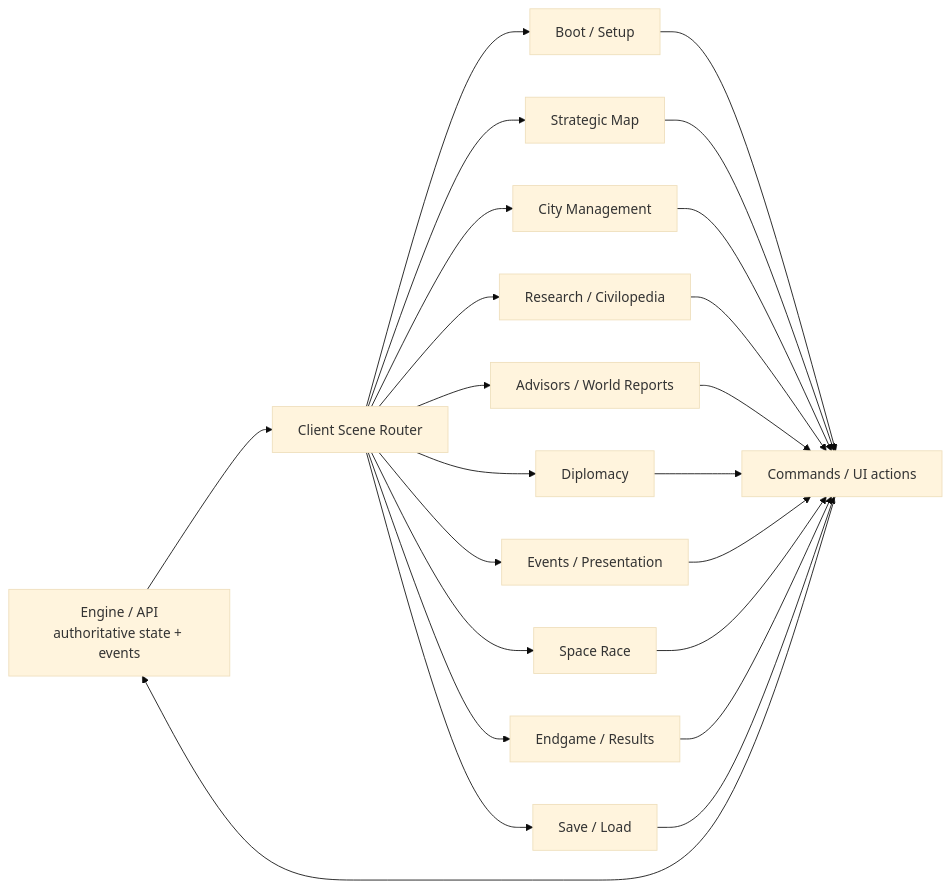
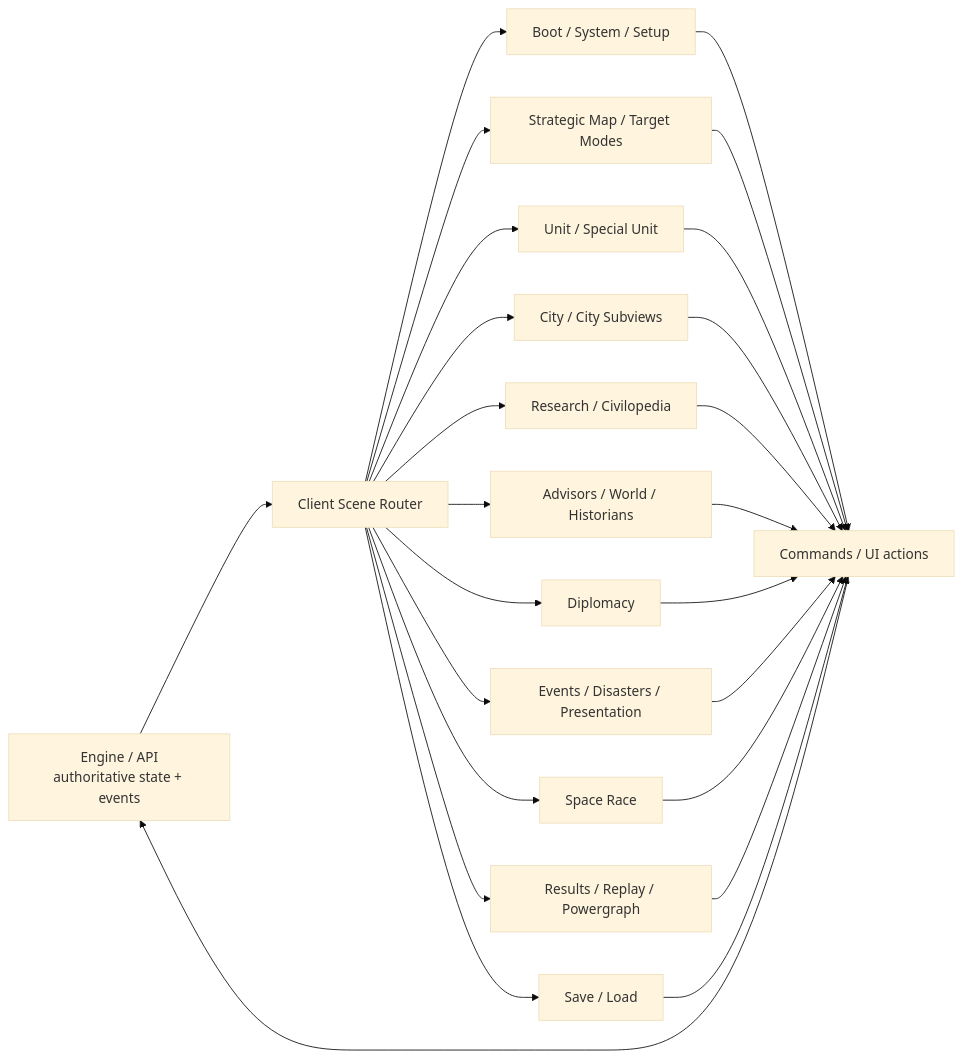
The tenth of 10 diagrams in docs/ui/civ1/SCENE_GRAPH.md (hasnocool/CivilizationClone), drawn with Mermaid (base theme) before and after one commit. The commit also changed other lines of this file and 14 other files, not shown here.

````diff
--- a/docs/ui/civ1/SCENE_GRAPH.md
+++ b/docs/ui/civ1/SCENE_GRAPH.md
@@ -274,26 +517,28 @@
 ```mermaid
 flowchart LR
     ENGINE["Engine / API<br/>authoritative state + events"] --> ROUTER["Client Scene Router"]
-    ROUTER --> BOOT["Boot / Setup"]
-    ROUTER --> MAP["Strategic Map"]
-    ROUTER --> CITY["City Management"]
+    ROUTER --> SYSTEM["Boot / System / Setup"]
+    ROUTER --> MAP["Strategic Map / Target Modes"]
+    ROUTER --> UNIT["Unit / Special Unit"]
+    ROUTER --> CITY["City / City Subviews"]
     ROUTER --> KNOWLEDGE["Research / Civilopedia"]
-    ROUTER --> REPORTS["Advisors / World Reports"]
+    ROUTER --> REPORTS["Advisors / World / Historians"]
     ROUTER --> DIPLO["Diplomacy"]
-    ROUTER --> EVENT["Events / Presentation"]
+    ROUTER --> EVENT["Events / Disasters / Presentation"]
     ROUTER --> SPACE["Space Race"]
-    ROUTER --> END["Endgame / Results"]
+    ROUTER --> END["Results / Replay / Powergraph"]
     ROUTER --> SAVE["Save / Load"]
 
-    BOOT --> COMMANDS["Commands / UI actions"]
+    SYSTEM --> COMMANDS["Commands / UI actions"]
     MAP --> COMMANDS
+    UNIT --> COMMANDS
     CITY --> COMMANDS
     KNOWLEDGE --> COMMANDS
     REPORTS --> COMMANDS
     DIPLO --> COMMANDS
     EVENT --> COMMANDS
     SPACE --> COMMANDS
     END --> COMMANDS
     SAVE --> COMMANDS
     COMMANDS --> ENGINE
 ```
````
